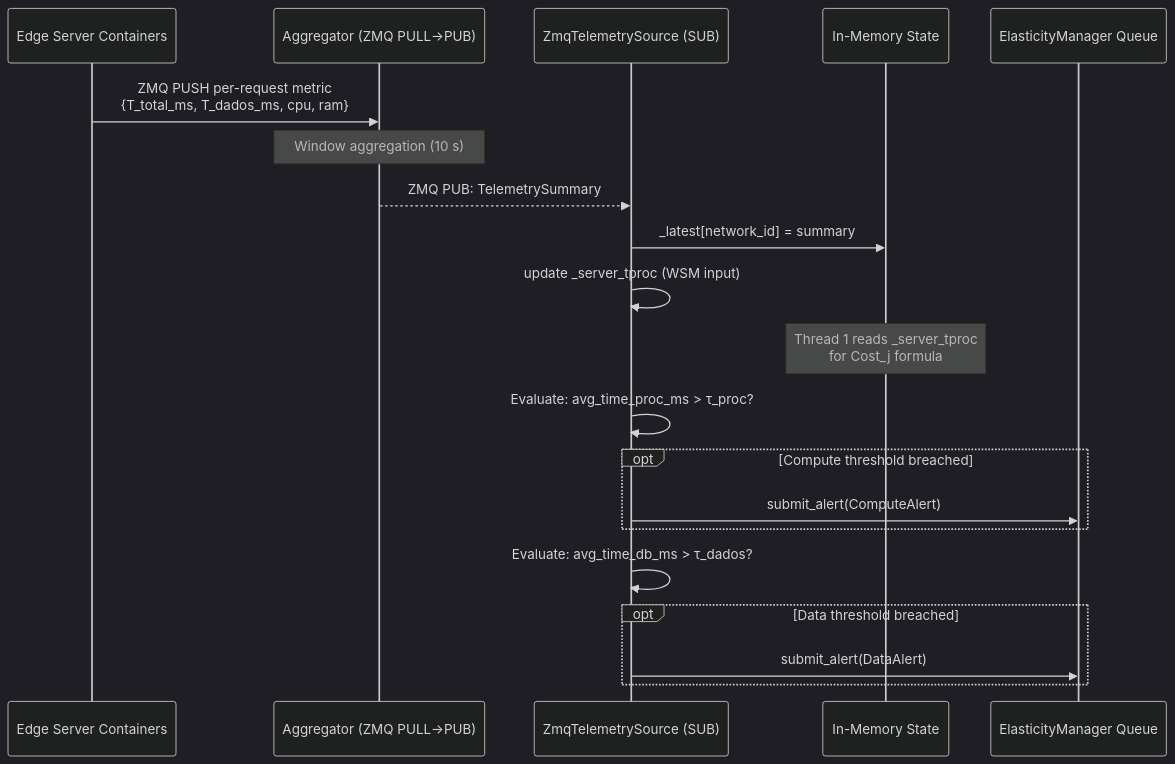
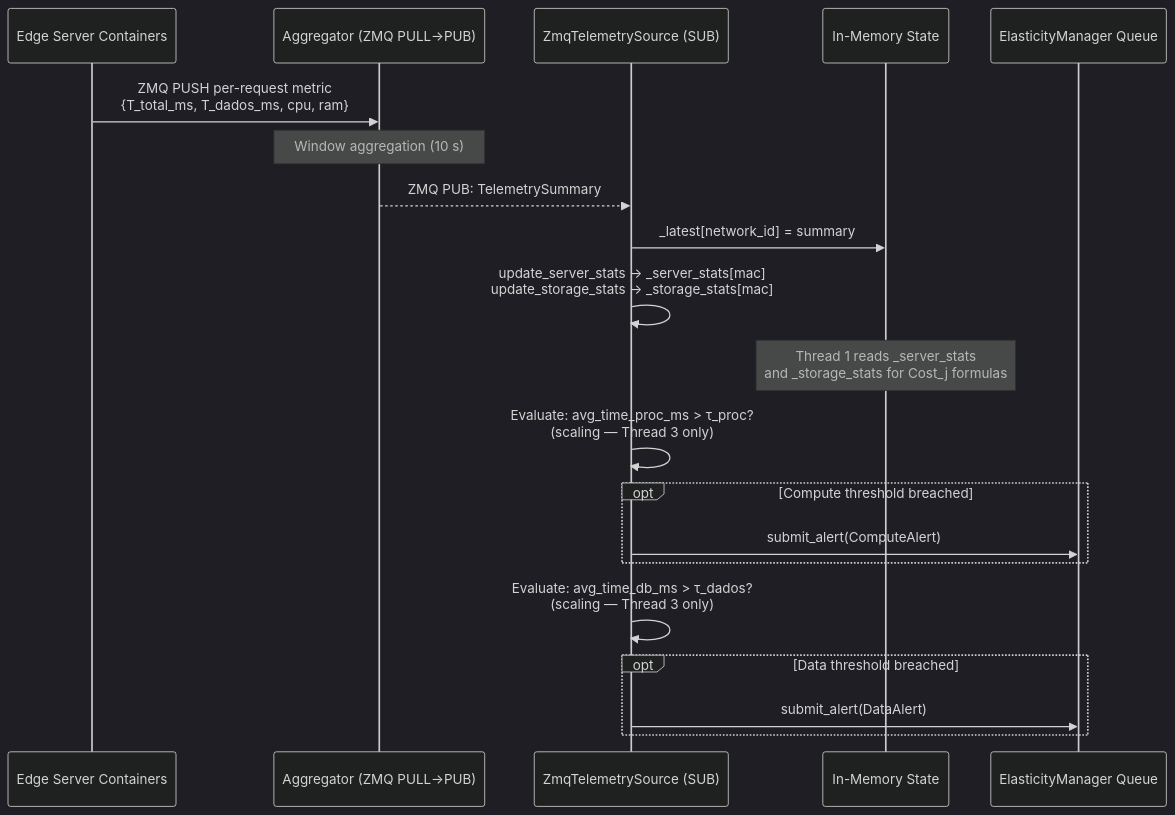
The second of 7 diagrams in docs/operation/system_mechanisms.md (poioe20p/efficient-storage-in-edge-scenarios), drawn with Mermaid (dark theme) before and after one commit. The commit also changed other lines of this file and 26 other files, not shown here.

````diff
--- a/docs/operation/system_mechanisms.md
+++ b/docs/operation/system_mechanisms.md
@@ -169,23 +382,23 @@
 ```mermaid
 sequenceDiagram
     participant Servers as Edge Server Containers
     participant Agg as Aggregator (ZMQ PULL→PUB)
     participant T2 as ZmqTelemetrySource (SUB)
     participant Memory as In-Memory State
     participant T3 as ElasticityManager Queue
 
     Servers->>Agg: ZMQ PUSH per-request metric<br/>{T_total_ms, T_dados_ms, cpu, ram}
     Note over Agg: Window aggregation (10 s)
     Agg-->>T2: ZMQ PUB: TelemetrySummary
     T2->>Memory: _latest[network_id] = summary
-    T2->>T2: update _server_tproc (WSM input)
-    Note over Memory: Thread 1 reads _server_tproc<br/>for Cost_j formula
-    T2->>T2: Evaluate: avg_time_proc_ms > τ_proc?
+    T2->>T2: update_server_stats → _server_stats[mac]<br/>update_storage_stats → _storage_stats[mac]
+    Note over Memory: Thread 1 reads _server_stats<br/>and _storage_stats for Cost_j formulas
+    T2->>T2: Evaluate: avg_time_proc_ms > τ_proc?<br/>(scaling — Thread 3 only)
     opt Compute threshold breached
         T2->>T3: submit_alert(ComputeAlert)
     end
-    T2->>T2: Evaluate: avg_time_db_ms > τ_dados?
+    T2->>T2: Evaluate: avg_time_db_ms > τ_dados?<br/>(scaling — Thread 3 only)
     opt Data threshold breached
         T2->>T3: submit_alert(DataAlert)
     end
 ```
````
